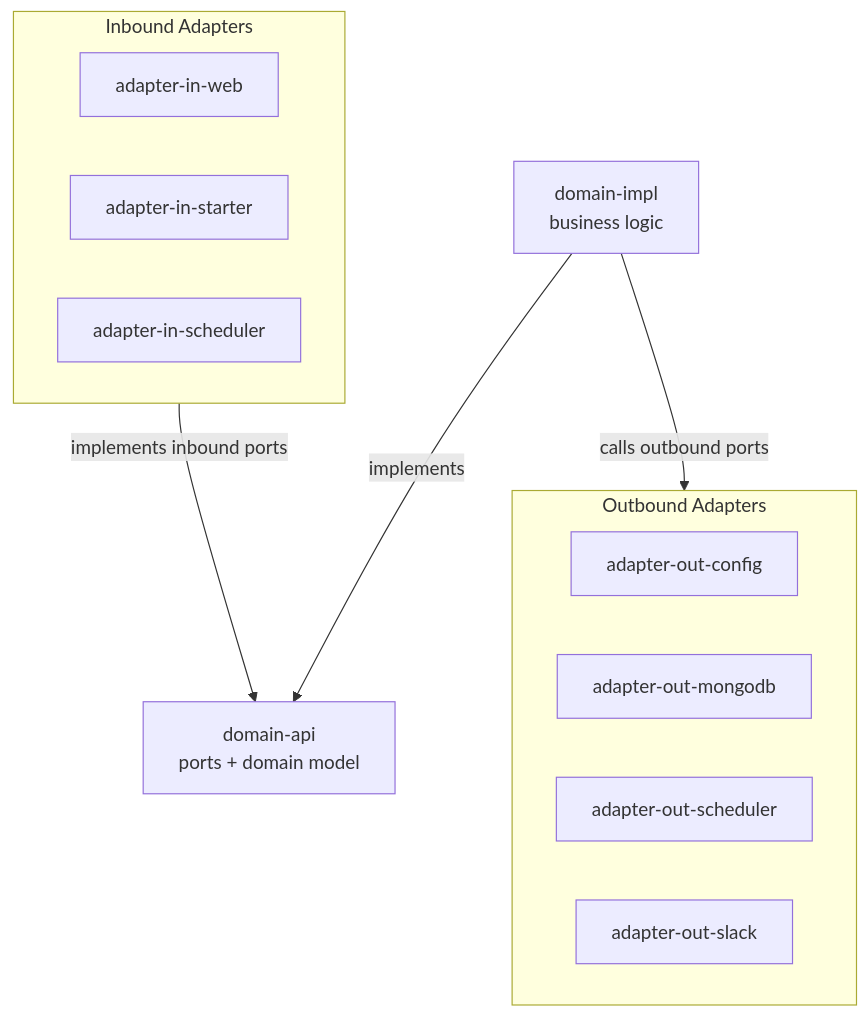
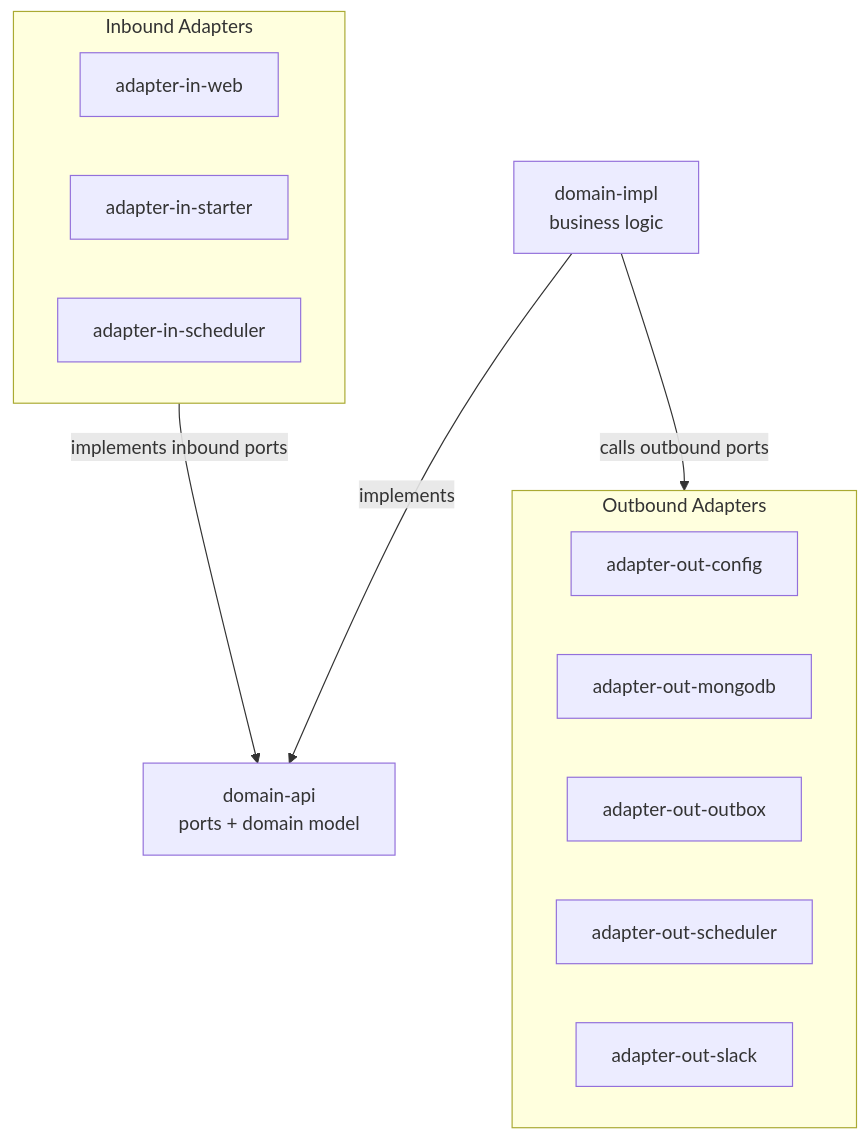
The second of 4 diagrams in docs/arc42/arc42.md (christiangroth/james-platform), drawn with Mermaid before and after one commit. The commit also changed other lines of this file and 2 other files, not shown here.

First line of the commit message:
Add ADR 0019: reintroduce persistent outbox for long-running domain operations (#619)

````diff
--- a/docs/arc42/arc42.md
+++ b/docs/arc42/arc42.md
@@ -225,22 +225,23 @@
 ```mermaid
 flowchart TB
     subgraph Inbound["Inbound Adapters"]
         AIW["adapter-in-web"]
         AIS["adapter-in-starter"]
         AISC["adapter-in-scheduler"]
     end
 
     DA["domain-api<br/>ports + domain model"]
     DI["domain-impl<br/>business logic"]
 
     subgraph Outbound["Outbound Adapters"]
         AOC["adapter-out-config"]
         AOM["adapter-out-mongodb"]
+        AOO["adapter-out-outbox"]
         AOS["adapter-out-scheduler"]
         AOSL["adapter-out-slack"]
     end
 
     Inbound -->|implements inbound ports| DA
     DI -->|implements| DA
     DI -->|calls outbound ports| Outbound
 ```
````
